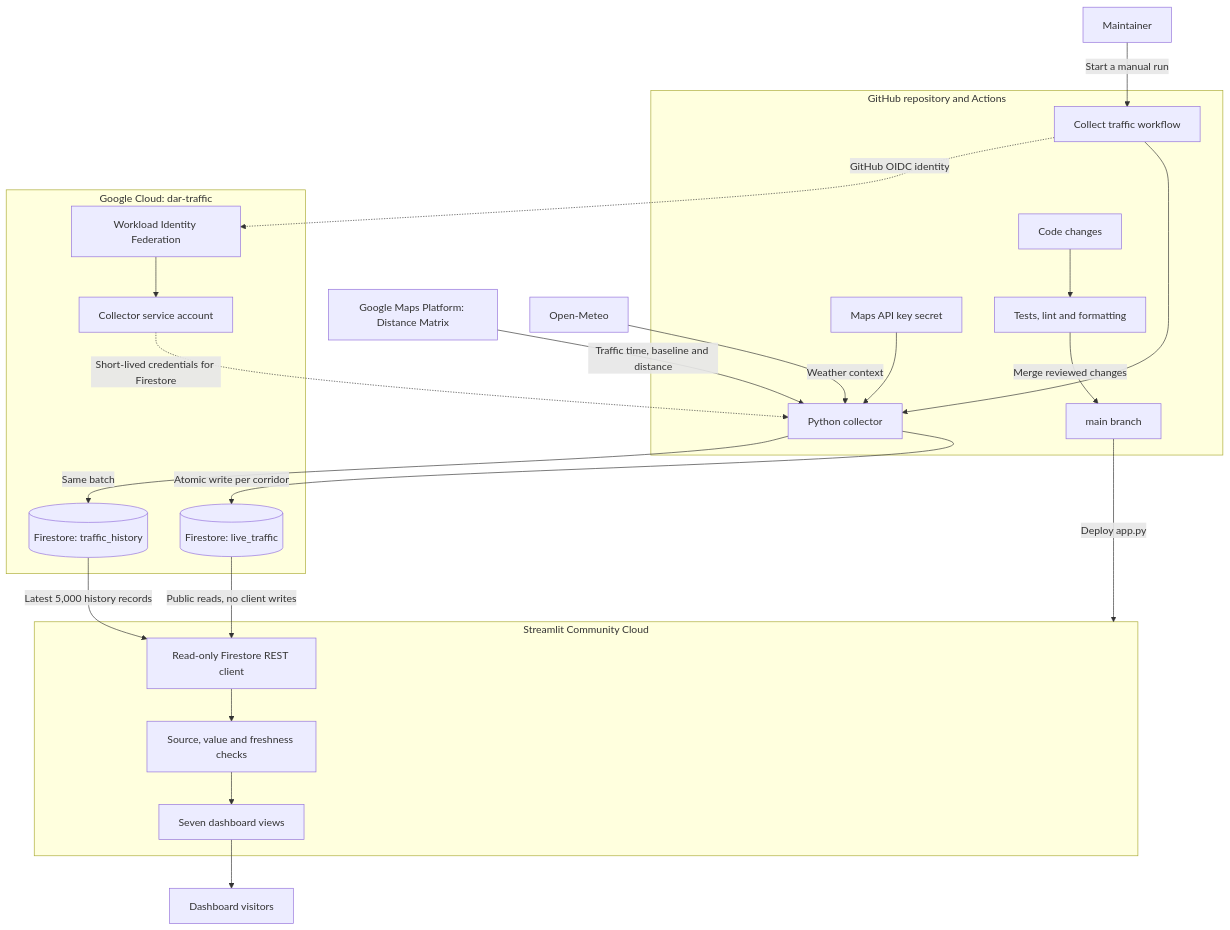
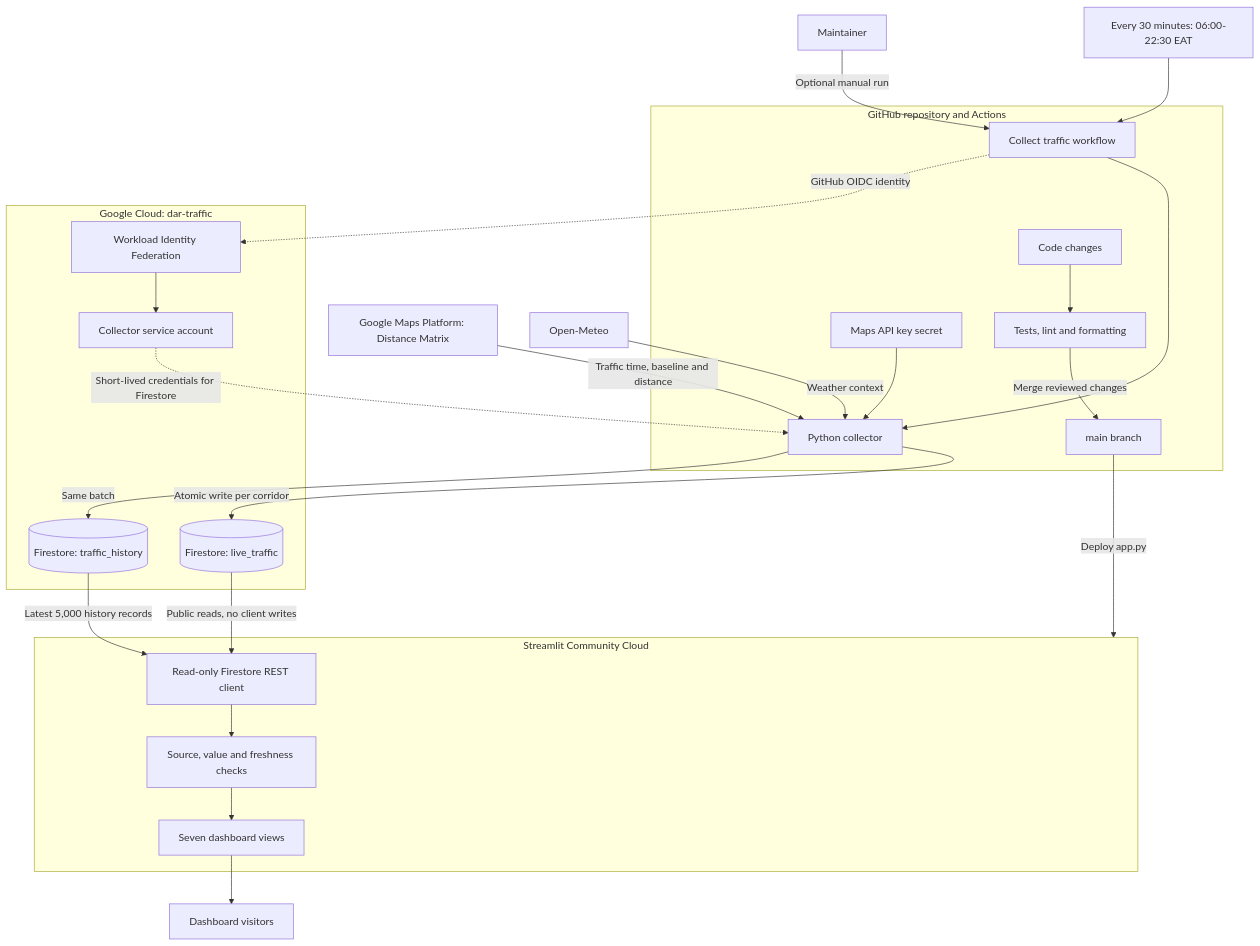
The diagram in README.md (jemmziray-tech/Dar_Traffic_Project), drawn with Mermaid before and after one commit. The commit also changed other lines of this file and 5 other files, not shown here.

````diff
--- a/README.md
+++ b/README.md
@@ -25,44 +25,45 @@
 ```mermaid
 flowchart TD
-    Maintainer[Maintainer] -->|Start a manual run| Workflow
+    Schedule[Every 30 minutes: 06:00-22:30 EAT] --> Workflow
+    Maintainer[Maintainer] -->|Optional manual run| Workflow
 
     subgraph GitHub[GitHub repository and Actions]
         Workflow[Collect traffic workflow]
         Collector[Python collector]
         Secret[Maps API key secret]
         Code[Code changes]
         Checks[Tests, lint and formatting]
         Main[main branch]
         Workflow --> Collector
         Secret --> Collector
         Code --> Checks
         Checks -->|Merge reviewed changes| Main
     end
 
     subgraph Google[Google Cloud: dar-traffic]
         Identity[Workload Identity Federation]
         Account[Collector service account]
         Live[(Firestore: live_traffic)]
         History[(Firestore: traffic_history)]
         Identity --> Account
     end
 
     Workflow -.->|GitHub OIDC identity| Identity
     Account -.->|Short-lived credentials for Firestore| Collector
     Maps[Google Maps Platform: Distance Matrix] -->|Traffic time, baseline and distance| Collector
     Weather[Open-Meteo] -->|Weather context| Collector
     Collector -->|Atomic write per corridor| Live
     Collector -->|Same batch| History
 
     subgraph Website[Streamlit Community Cloud]
         Reader[Read-only Firestore REST client]
         Validation[Source, value and freshness checks]
         Pages[Seven dashboard views]
         Reader --> Validation --> Pages
     end
 
     Main -->|Deploy app.py| Website
     Live -->|Public reads, no client writes| Reader
     History -->|Latest 5,000 history records| Reader
     Pages --> Visitors[Dashboard visitors]
 ```
````
